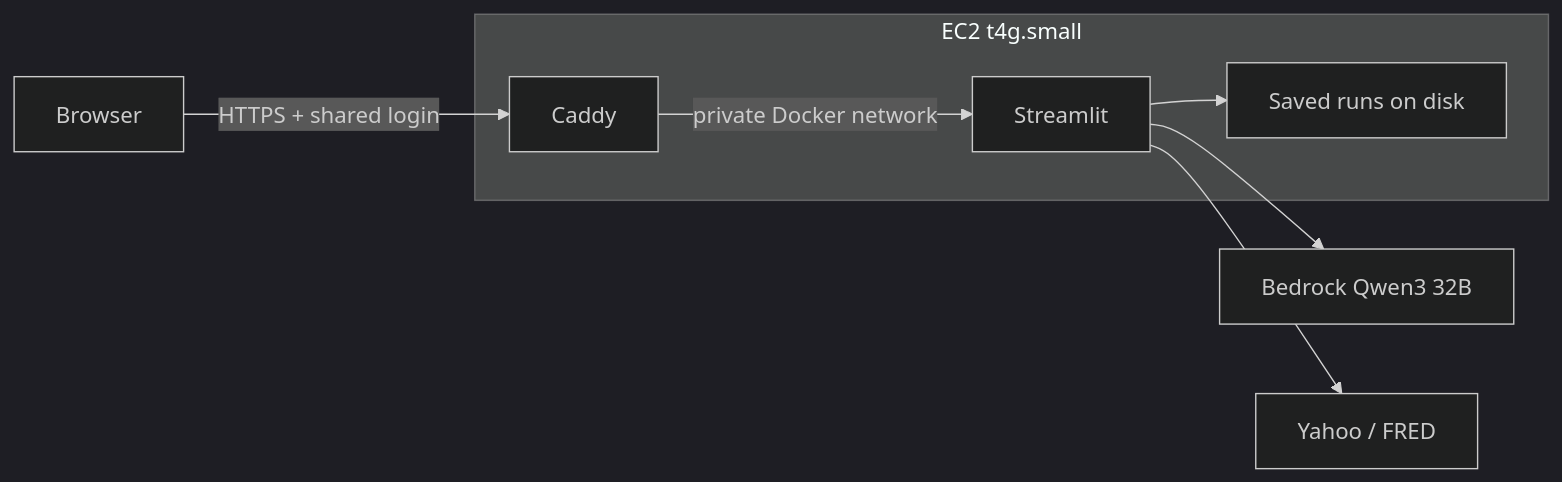
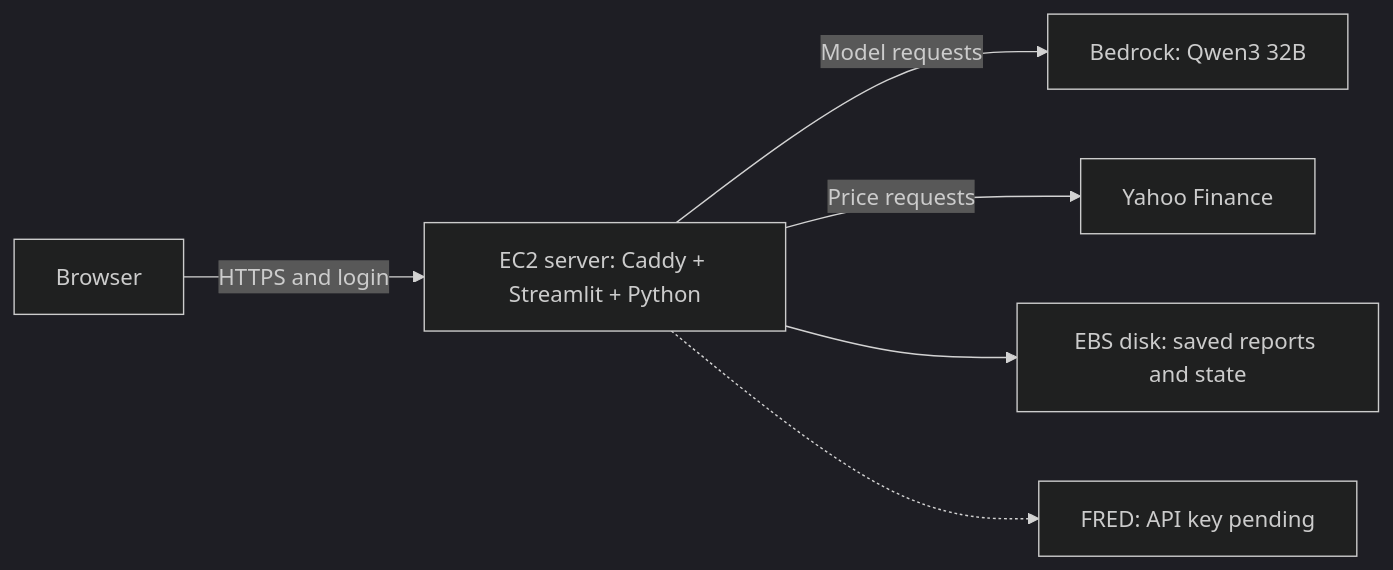
Before and after one commit to asugar13/agentic-financial-research: the diagram in deployment/README.md, drawn with Mermaid (dark theme). The commit also changed other lines of this file and 2 other files, not shown here.

Commit message:
Fix deployment permissions and clarify the architecture

````diff
--- a/deployment/README.md
+++ b/deployment/README.md
@@ -7,10 +7,8 @@
 ```mermaid
 flowchart LR
-    Browser -->|HTTPS + shared login| Caddy
-    subgraph EC2 t4g.small
-        Caddy -->|private Docker network| Streamlit
-        Streamlit --> Runs[Saved runs on disk]
-    end
-    Streamlit --> Bedrock[Bedrock Qwen3 32B]
-    Streamlit --> Sources[Yahoo / FRED]
+    Browser -->|HTTPS and login| Server["EC2 server: Caddy + Streamlit + Python"]
+    Server -->|Model requests| Bedrock["Bedrock: Qwen3 32B"]
+    Server -->|Price requests| Yahoo["Yahoo Finance"]
+    Server --> Disk["EBS disk: saved reports and state"]
+    Server -.-> FRED["FRED: API key pending"]
 ```
````
